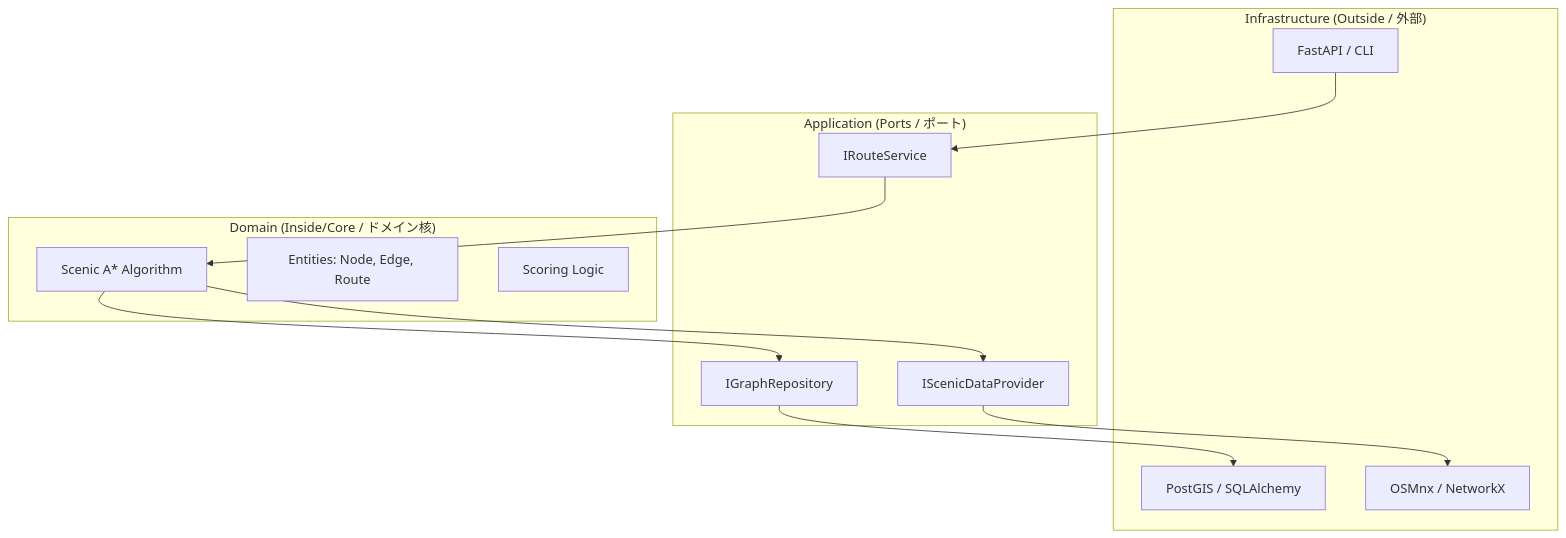
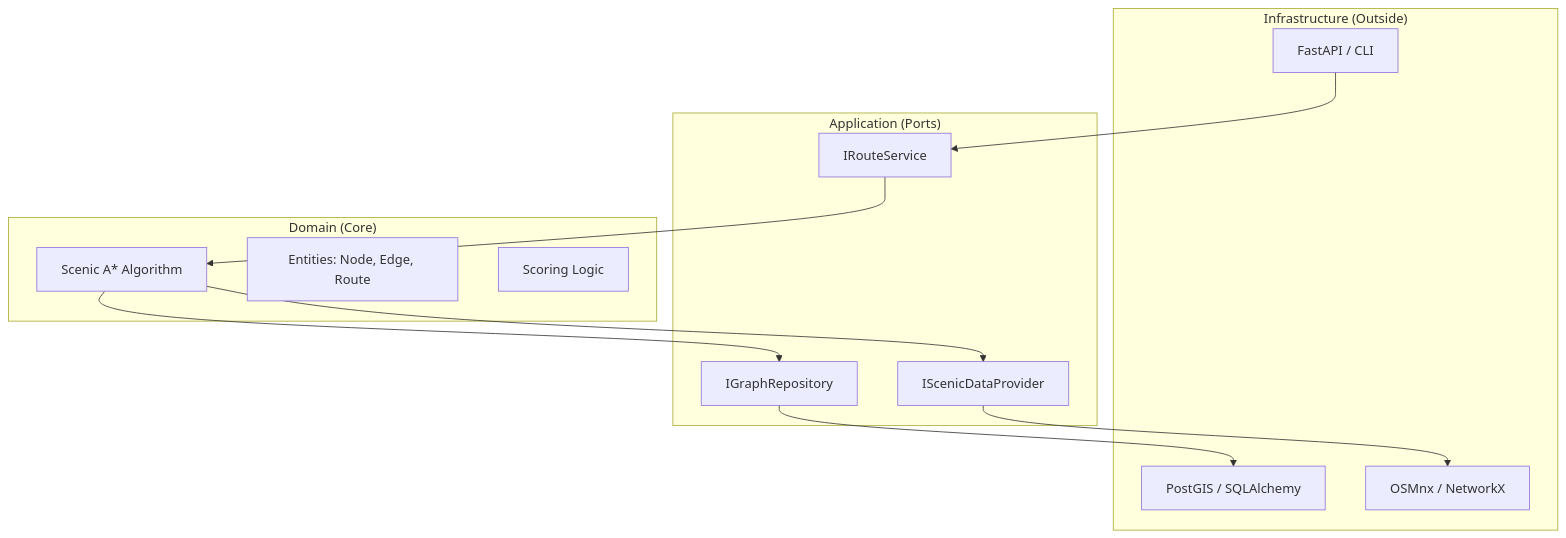
One commit to victoriaghoos/yorimichi changed the diagram in README.md. Above: the diagram before and after it, drawn with Mermaid. The commit also changed other lines of this file, not shown here.

Commit message:
Add Japanese translations and update subgraph labels

````diff
--- a/README.md
+++ b/README.md
@@ -76,24 +76,24 @@
 ```mermaid
 graph TD
-    subgraph "Infrastructure (Outside / 外部)"
+    subgraph Infrastructure["Infrastructure (Outside)"]
         A[FastAPI / CLI]
         B[PostGIS / SQLAlchemy]
         C[OSMnx / NetworkX]
     end
-    subgraph "Application (Ports / ポート)"
+    subgraph Application["Application (Ports)"]
         D[IRouteService]
         E[IGraphRepository]
         F[IScenicDataProvider]
     end
-    subgraph "Domain (Inside/Core / ドメイン核)"
+    subgraph Domain["Domain (Core)"]
         G[Scenic A* Algorithm]
         H[Entities: Node, Edge, Route]
         I[Scoring Logic]
     end
     A --> D
     D --> G
     G --> E
     G --> F
     E --> B
     F --> C
 ```
````
